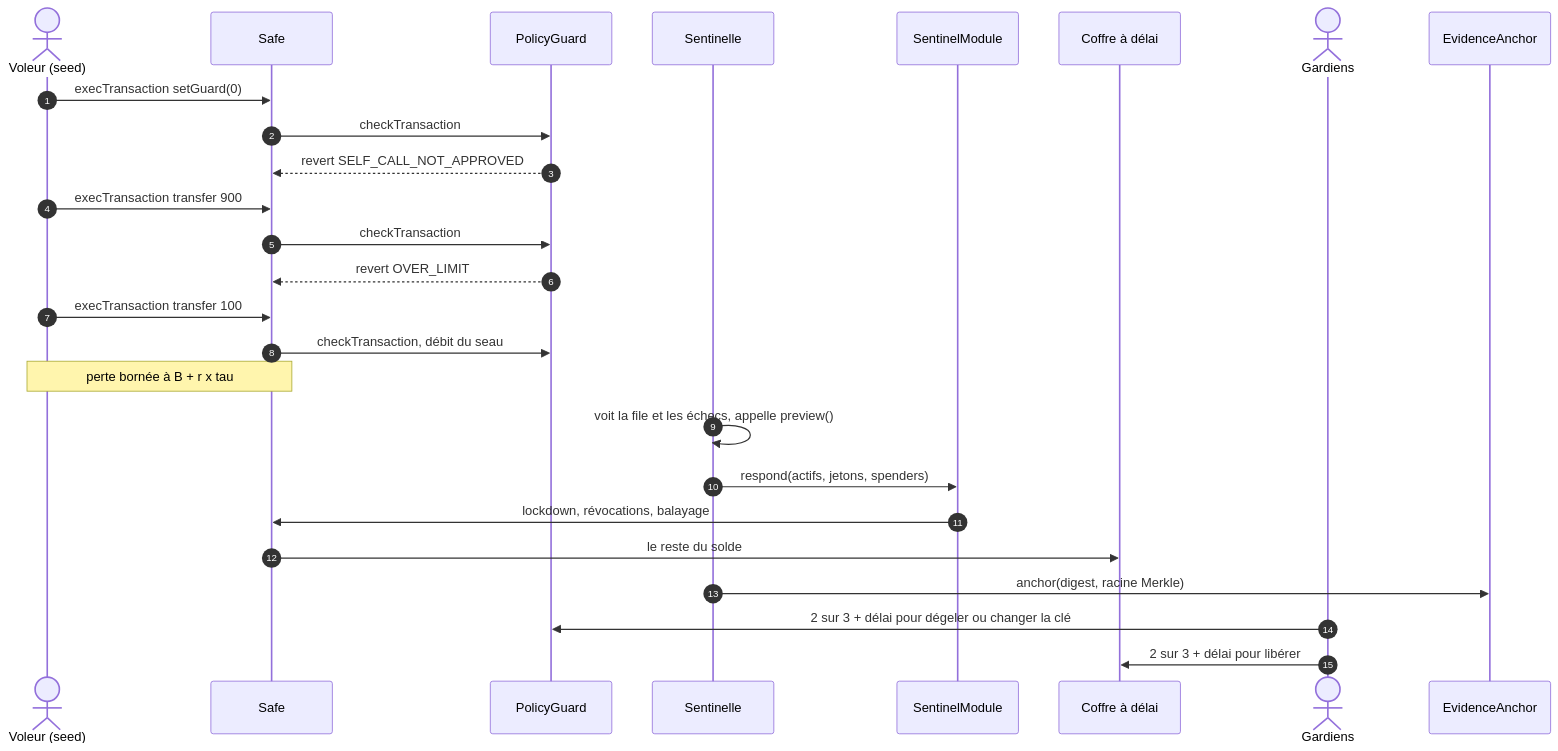
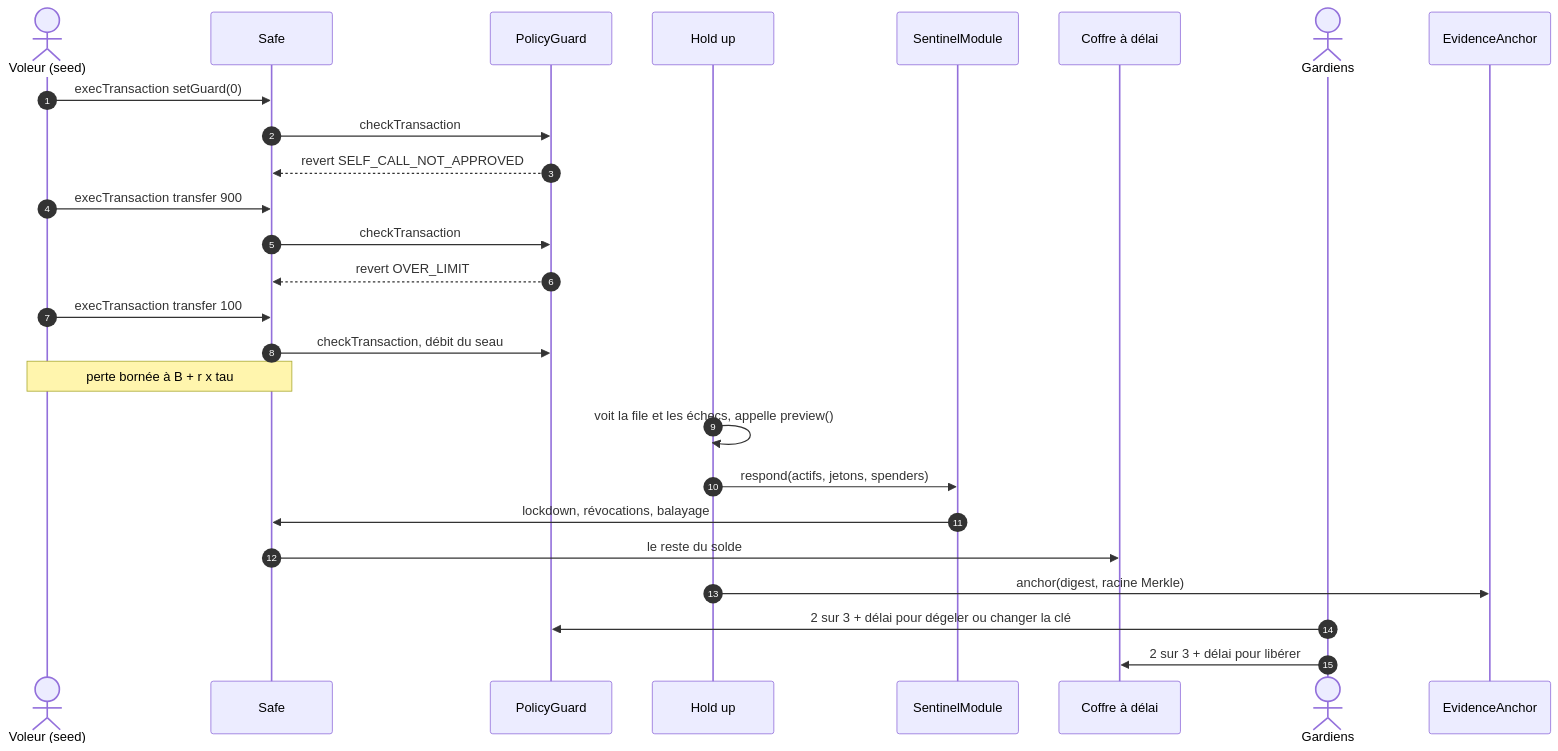
One commit to adembnn/secure-horizon changed the second of 2 diagrams in research/tracks/T1_P4_faisabilite_particulier.md. Above: the diagram before and after it, drawn with Mermaid. The commit also changed other lines of this file and 105 other files, not shown here.

````diff
--- a/research/tracks/T1_P4_faisabilite_particulier.md
+++ b/research/tracks/T1_P4_faisabilite_particulier.md
@@ -461,28 +461,28 @@
 ```mermaid
 sequenceDiagram
   autonumber
   actor T as Voleur (seed)
   participant S as Safe
   participant G as PolicyGuard
-  participant W as Sentinelle
+  participant W as Hold up
   participant M as SentinelModule
   participant V as Coffre à délai
   actor Q as Gardiens
   participant E as EvidenceAnchor
   T->>S: execTransaction setGuard(0)
   S->>G: checkTransaction
   G-->>S: revert SELF_CALL_NOT_APPROVED
   T->>S: execTransaction transfer 900
   S->>G: checkTransaction
   G-->>S: revert OVER_LIMIT
   T->>S: execTransaction transfer 100
   S->>G: checkTransaction, débit du seau
   Note over T,S: perte bornée à B + r x tau
   W->>W: voit la file et les échecs, appelle preview()
   W->>M: respond(actifs, jetons, spenders)
   M->>S: lockdown, révocations, balayage
   S->>V: le reste du solde
   W->>E: anchor(digest, racine Merkle)
   Q->>G: 2 sur 3 + délai pour dégeler ou changer la clé
   Q->>V: 2 sur 3 + délai pour libérer
 ```
````
